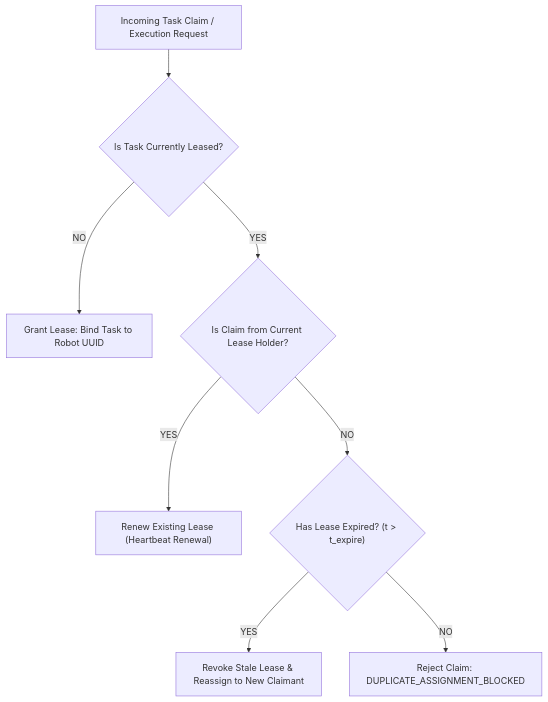
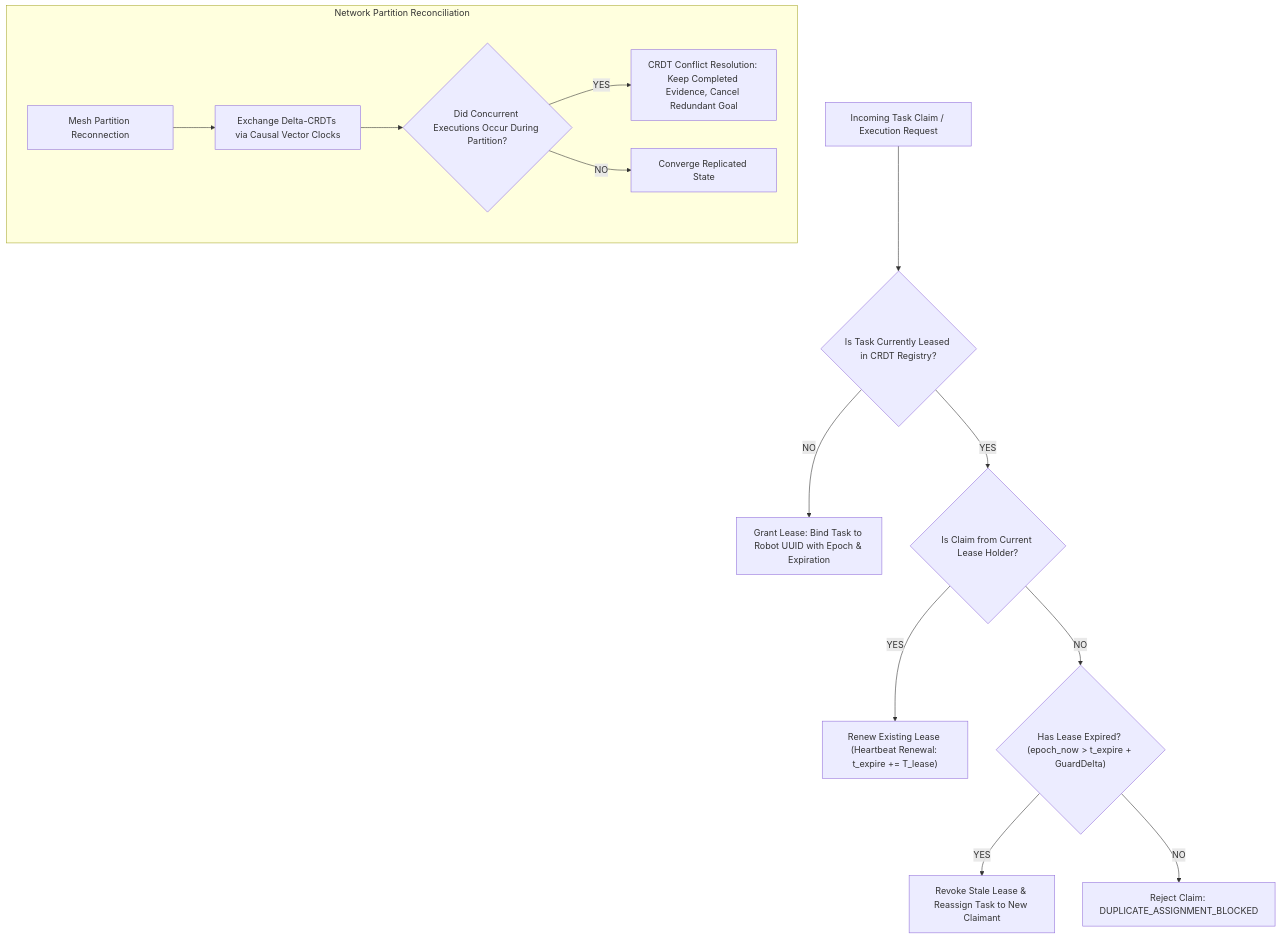
The diagram in docs/04_layer2_distributed_autonomy/2.4_distributed_task_allocation/duplicate_assignment_prevention.md (Sairam080424/decentralized_multi_robot_mine_inspection), drawn with Mermaid before and after one commit. The commit also changed other lines of this file and 31 other files, not shown here.

First line of the commit message:
fix(m0-foundation): address PR #1 review comments and consolidate architecture

````diff
--- a/docs/04_layer2_distributed_autonomy/2.4_distributed_task_allocation/duplicate_assignment_prevention.md
+++ b/docs/04_layer2_distributed_autonomy/2.4_distributed_task_allocation/duplicate_assignment_prevention.md
@@ -17,10 +17,17 @@
 ```mermaid
 flowchart TD
-    IncomingClaim["Incoming Task Claim / Execution Request"] --> LockCheck{"Is Task Currently Leased?"}
-    LockCheck -->|NO| GrantLock["Grant Lease: Bind Task to Robot UUID"]
+    IncomingClaim["Incoming Task Claim / Execution Request"] --> LockCheck{"Is Task Currently Leased in CRDT Registry?"}
+    LockCheck -->|NO| GrantLock["Grant Lease: Bind Task to Robot UUID with Epoch & Expiration"]
     LockCheck -->|YES| CheckOwner{"Is Claim from Current Lease Holder?"}
-    CheckOwner -->|YES| RenewLock["Renew Existing Lease (Heartbeat Renewal)"]
-    CheckOwner -->|NO| CheckExpiry{"Has Lease Expired? (t > t_expire)"}
-    CheckExpiry -->|YES| RevokeAndReassign["Revoke Stale Lease & Reassign to New Claimant"]
+    CheckOwner -->|YES| RenewLock["Renew Existing Lease (Heartbeat Renewal: t_expire += T_lease)"]
+    CheckOwner -->|NO| CheckExpiry{"Has Lease Expired? (epoch_now > t_expire + GuardDelta)"}
+    CheckExpiry -->|YES| RevokeAndReassign["Revoke Stale Lease & Reassign Task to New Claimant"]
     CheckExpiry -->|NO| RejectDuplicate["Reject Claim: DUPLICATE_ASSIGNMENT_BLOCKED"]
+
+    subgraph PartitionSync["Network Partition Reconciliation"]
+        Rejoin["Mesh Partition Reconnection"] --> DeltaSync["Exchange Delta-CRDTs via Causal Vector Clocks"]
+        DeltaSync --> SplitCheck{"Did Concurrent Executions Occur During Partition?"}
+        SplitCheck -->|YES| ConflictResolve["CRDT Conflict Resolution: Keep Completed Evidence, Cancel Redundant Goal"]
+        SplitCheck -->|NO| ConvergeState["Converge Replicated State"]
+    end
 ```
````
